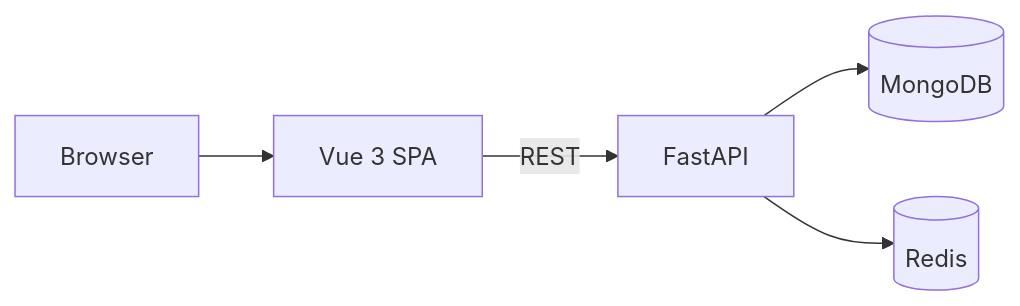
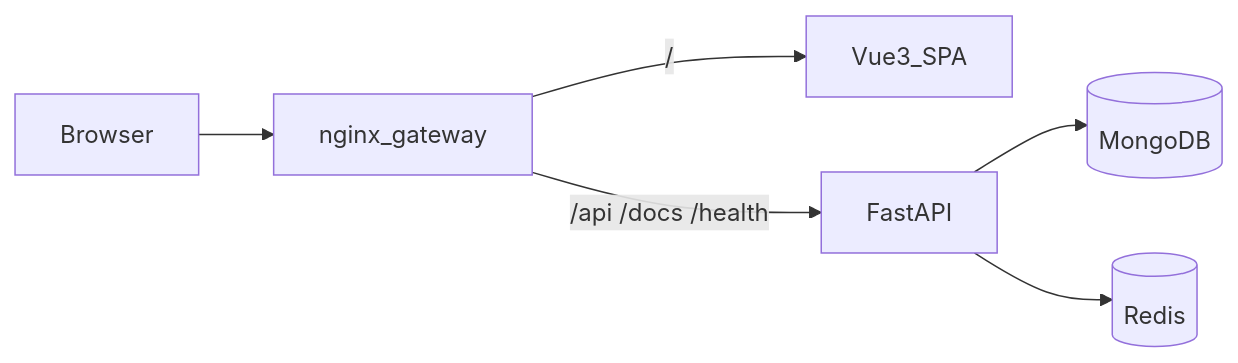
Before and after one commit to xaracal/qbiq: the diagram in README.md, drawn with Mermaid. The commit also changed other lines of this file and 2 other files, not shown here.

First line of the commit message:
docs: fill documentation gaps for setup, Docker, and API reference

````diff
--- a/README.md
+++ b/README.md
@@ -7,7 +7,8 @@
 ```mermaid
 flowchart LR
-  Browser --> Frontend[Vue 3 SPA]
-  Frontend -->|REST| Backend[FastAPI]
+  Browser --> Gateway[nginx_gateway]
+  Gateway -->|"/"| Frontend[Vue3_SPA]
+  Gateway -->|"/api /docs /health"| Backend[FastAPI]
   Backend --> MongoDB[(MongoDB)]
   Backend --> Redis[(Redis)]
 ```
````
